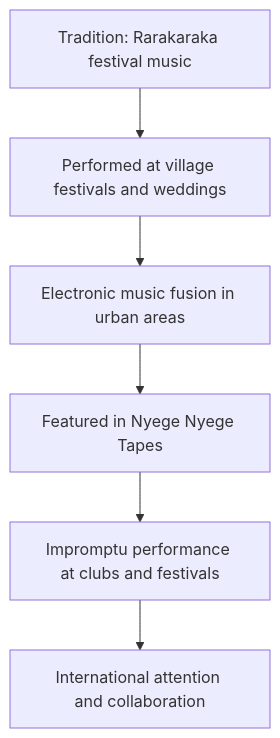
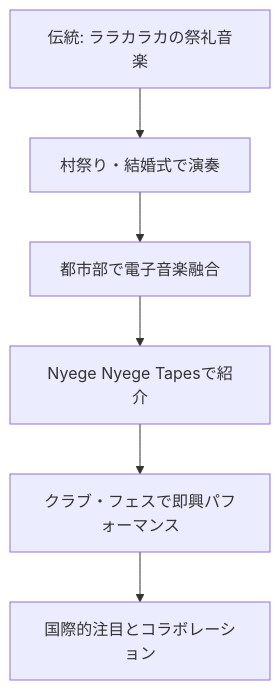
The third of 6 diagrams in en/_posts/2025-10-04-Column-Nyege-Nyege.md (monumental-movement/monumental-movement.github.io), drawn with Mermaid before and after one commit. The commit also changed other lines of this file and 1724 other files, not shown here.

```diff
--- a/en/_posts/2025-10-04-Column-Nyege-Nyege.md
+++ b/en/_posts/2025-10-04-Column-Nyege-Nyege.md
@@ -178,10 +179,10 @@
 <div class="mermaid">
 
 flowchart TD
-A["Tradition: Rarakaraka festival music"] --> B["Performed at village festivals and weddings"]
-B --> C["Electronic music fusion in urban areas"]
-C --> D["Featured in Nyege Nyege Tapes"]
-D --> E["Impromptu performance at clubs and festivals"]
-E --> F["International attention and collaboration"]
+    A["伝統: ララカラカの祭礼音楽"] --> B["村祭り・結婚式で演奏"]
+    B --> C["都市部で電子音楽融合"]
+    C --> D["Nyege Nyege Tapesで紹介"]
+    D --> E["クラブ・フェスで即興パフォーマンス"]
+    E --> F["国際的注目とコラボレーション"]
 
 </div>
```
